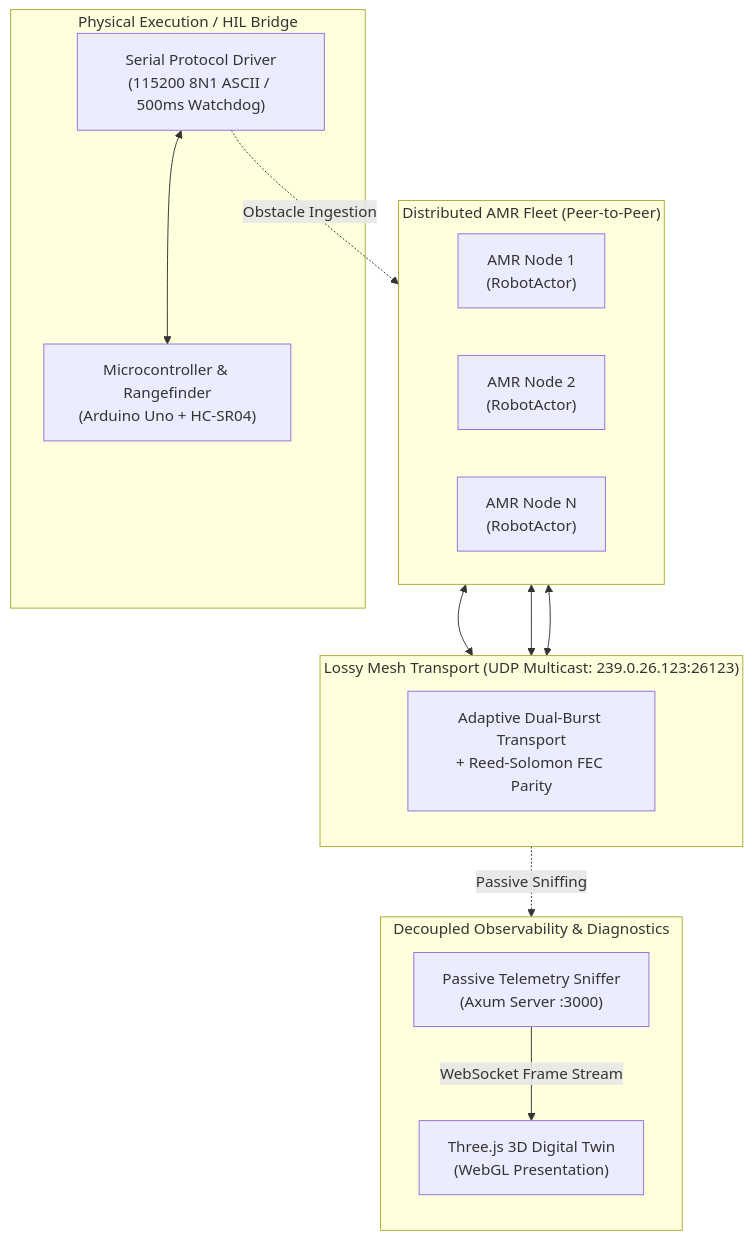
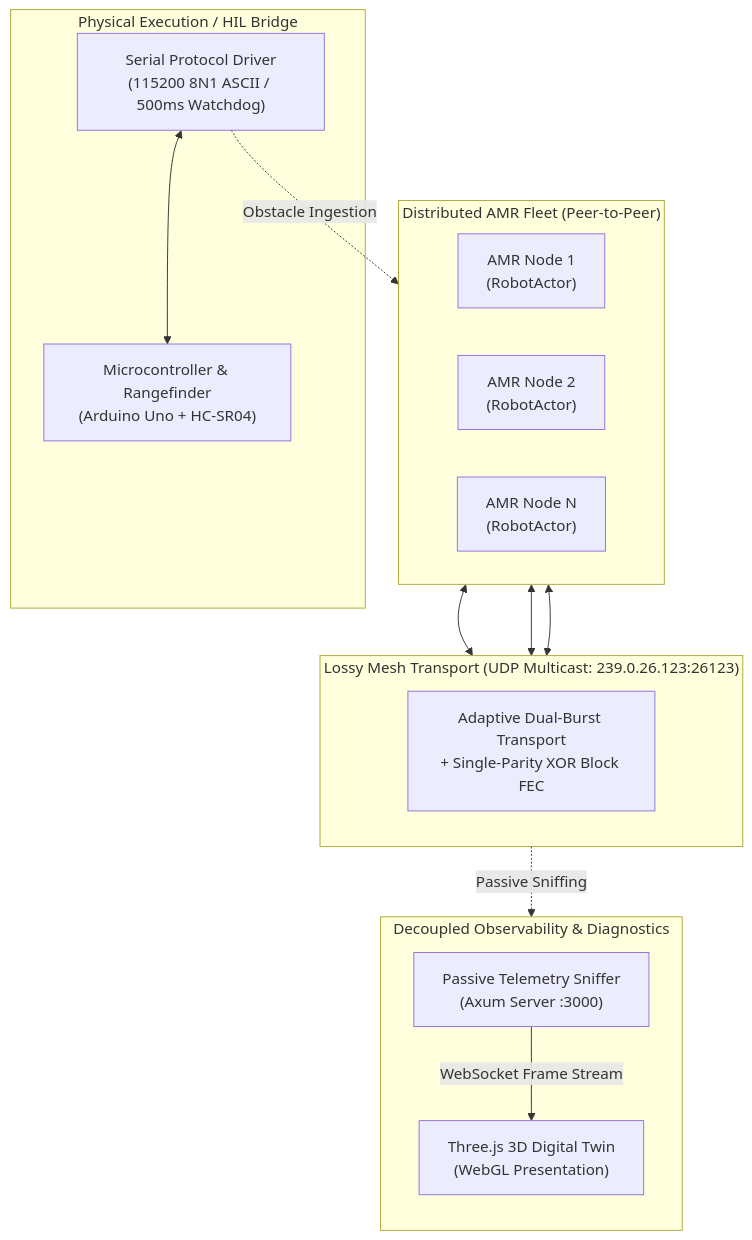
The first of 7 diagrams in docs/ARCHITECTURE.md (lildosa/SIH26123), drawn with Mermaid before and after one commit. The commit also changed other lines of this file and 13 other files, not shown here.

````diff
--- a/docs/ARCHITECTURE.md
+++ b/docs/ARCHITECTURE.md
@@ -33,34 +33,34 @@
 ```mermaid
 flowchart TD
     subgraph Fleet["Distributed AMR Fleet (Peer-to-Peer)"]
         direction LR
         AMR1["AMR Node 1<br/>(RobotActor)"]
         AMR2["AMR Node 2<br/>(RobotActor)"]
         AMRN["AMR Node N<br/>(RobotActor)"]
     end
 
     subgraph Transport["Lossy Mesh Transport (UDP Multicast: 239.0.26.123:26123)"]
         direction TB
-        P2P["Adaptive Dual-Burst Transport<br/>+ Reed-Solomon FEC Parity"]
+        P2P["Adaptive Dual-Burst Transport<br/>+ Single-Parity XOR Block FEC"]
     end
 
     subgraph Observability["Decoupled Observability & Diagnostics"]
         direction TB
         SNIFFER["Passive Telemetry Sniffer<br/>(Axum Server :3000)"]
         DASH["Three.js 3D Digital Twin<br/>(WebGL Presentation)"]
     end
 
     subgraph HardwareBridge["Physical Execution / HIL Bridge"]
         HIL["Serial Protocol Driver<br/>(115200 8N1 ASCII / 500ms Watchdog)"]
         MCU["Microcontroller & Rangefinder<br/>(Arduino Uno + HC-SR04)"]
     end
 
     AMR1 <--> Transport
     AMR2 <--> Transport
     AMRN <--> Transport
 
     Transport -.->|Passive Sniffing| SNIFFER
     SNIFFER -->|WebSocket Frame Stream| DASH
     HIL <--> MCU
     HIL -.->|Obstacle Ingestion| AMR1
 ```
````
